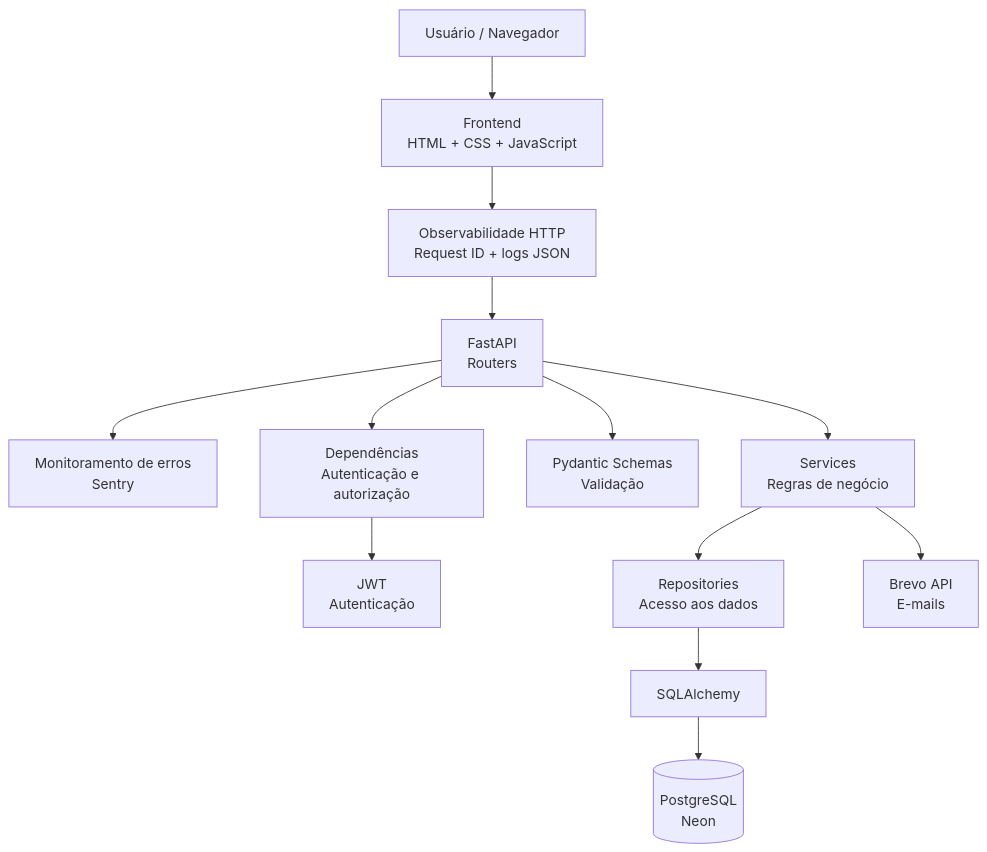
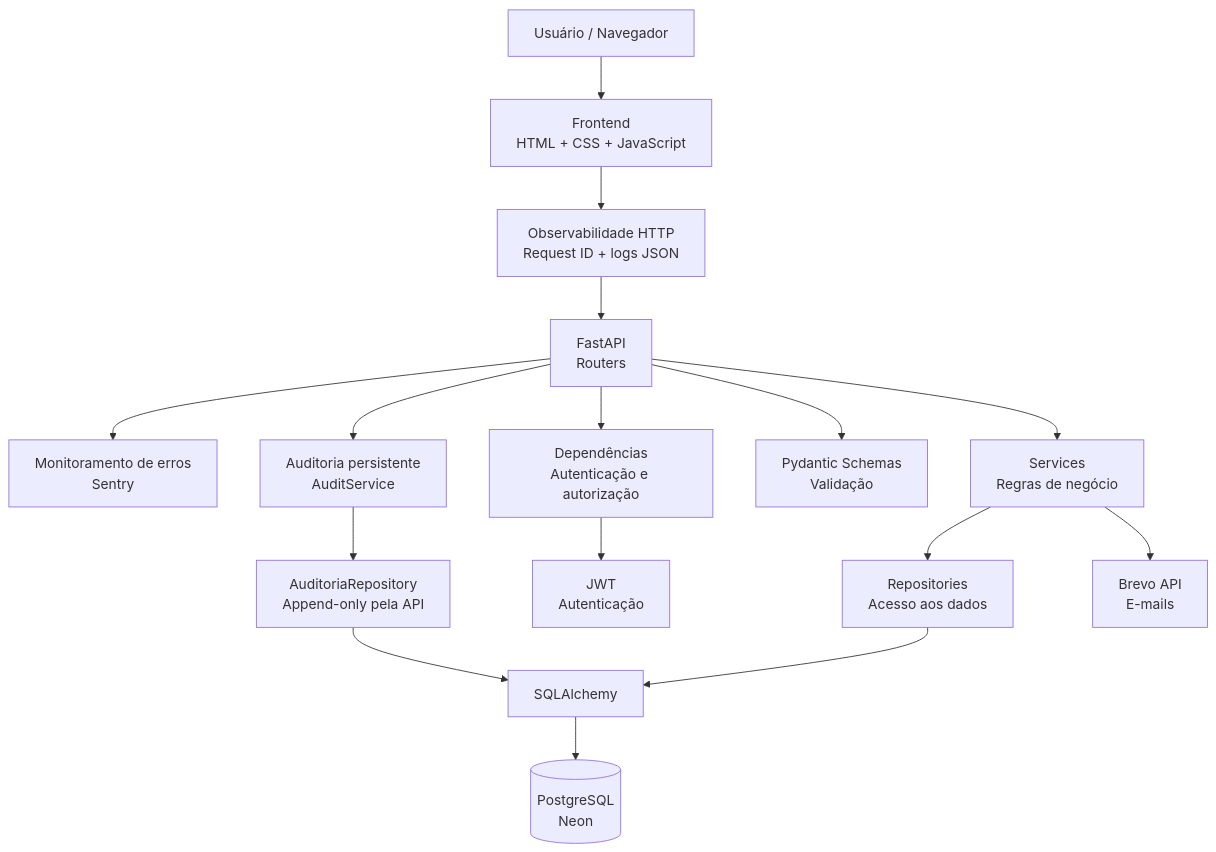
The diagram in docs/arquitetura.md (Jefferson21092008/locadora-fastapi), drawn with Mermaid before and after one commit. The commit also changed other lines of this file and 28 other files, not shown here.

````diff
--- a/docs/arquitetura.md
+++ b/docs/arquitetura.md
@@ -9,45 +9,52 @@
 ```mermaid
 flowchart TD
     U[Usuário / Navegador]
 
     F[Frontend<br>HTML + CSS + JavaScript]
 
     OBS[Observabilidade HTTP<br>Request ID + logs JSON]
 
     ERR[Monitoramento de erros<br>Sentry]
 
+    AUD[Auditoria persistente<br>AuditService]
+
     API[FastAPI<br>Routers]
 
     DEP[Dependências<br>Autenticação e autorização]
 
     SCH[Pydantic Schemas<br>Validação]
 
     SER[Services<br>Regras de negócio]
 
     REP[Repositories<br>Acesso aos dados]
+
+    AREP[AuditoriaRepository<br>Append-only pela API]
 
     ORM[SQLAlchemy]
 
     DB[(PostgreSQL<br>Neon)]
 
     JWT[JWT<br>Autenticação]
 
     EMAIL[Brevo API<br>E-mails]
 
     U --> F
     F --> OBS
     OBS --> API
     API --> ERR
+    API --> AUD
 
     API --> DEP
     API --> SCH
 
     DEP --> JWT
 
     API --> SER
     SER --> REP
+    AUD --> AREP
     REP --> ORM
+    AREP --> ORM
     ORM --> DB
 
     SER --> EMAIL
 ```
````
